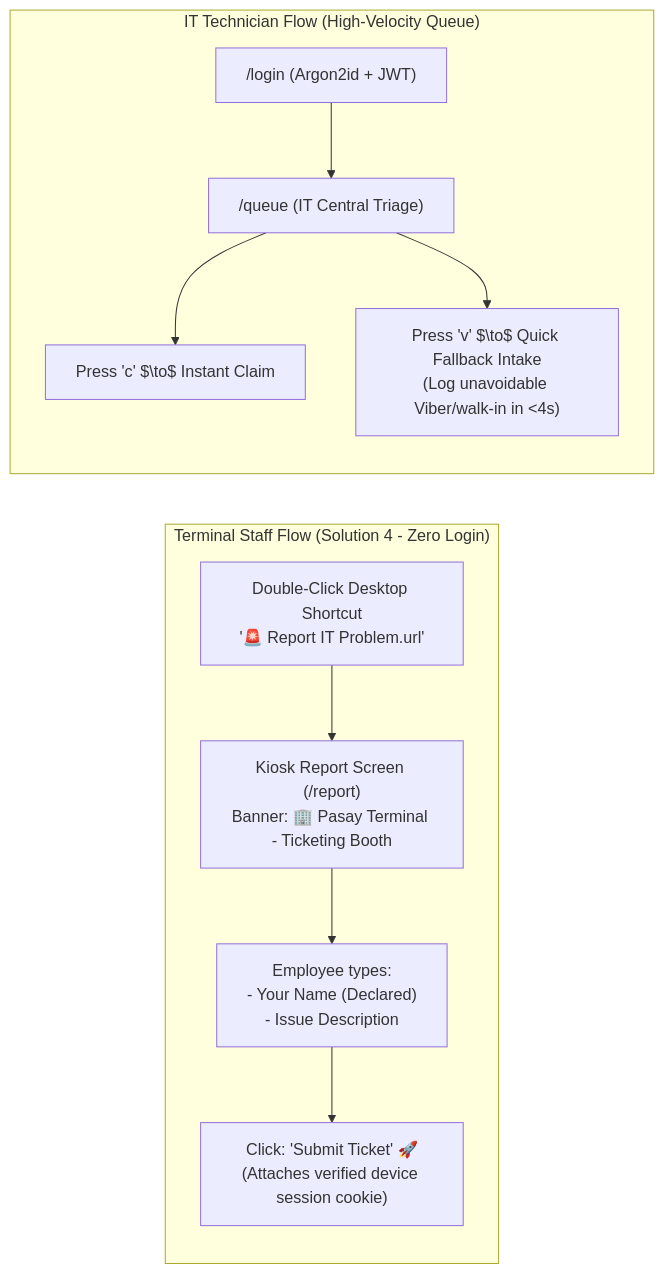
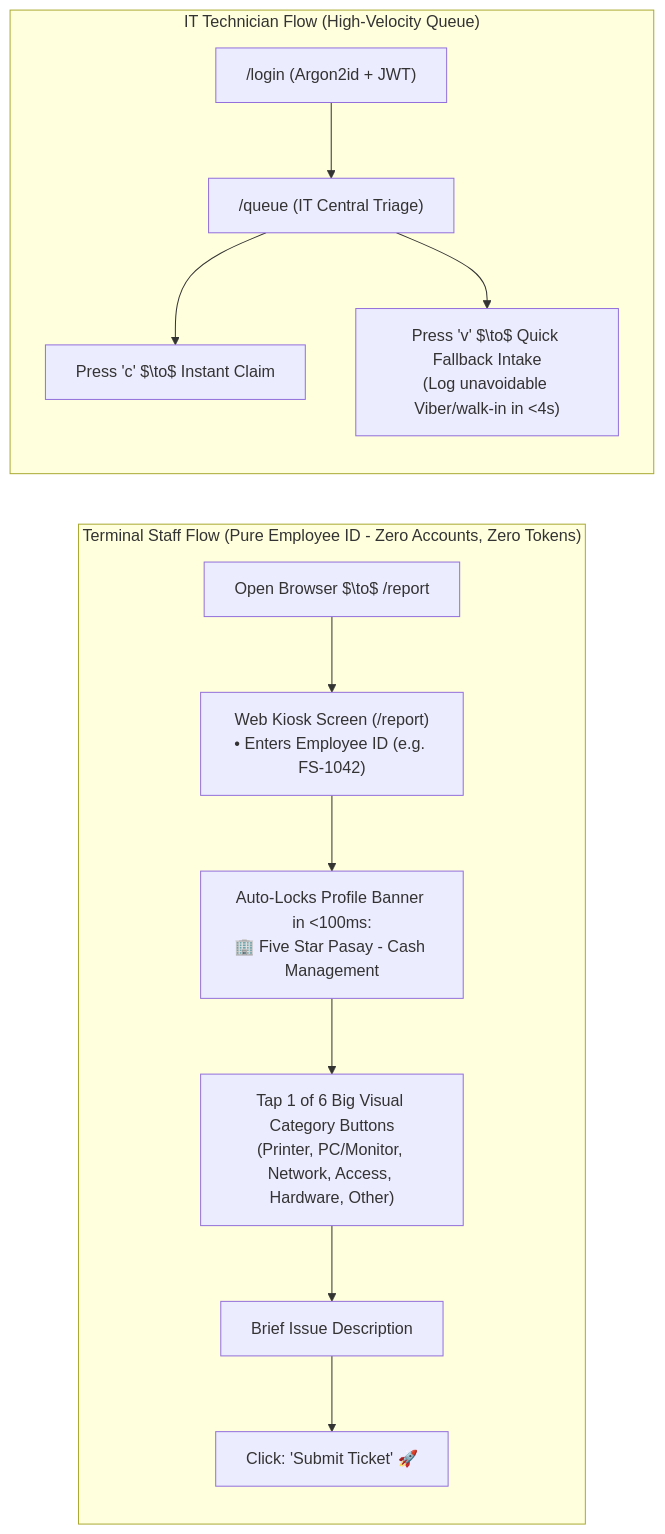
One commit to jfflpz/Tiketa2.0 changed the diagram in docs/04-Sprints/FRONTEND-SPRINT-PLAN.md. Above: the diagram before and after it, drawn with Mermaid. The commit also changed other lines of this file and 9 other files, not shown here.

Commit message:
docs(sprint): complete sprint 1 foundation and align pure employee id intake docs

````diff
--- a/docs/04-Sprints/FRONTEND-SPRINT-PLAN.md
+++ b/docs/04-Sprints/FRONTEND-SPRINT-PLAN.md
@@ -15,14 +15,16 @@
 ```mermaid
 flowchart LR
-    subgraph Flow1 ["Terminal Staff Flow (Solution 4 - Zero Login)"]
-        Icon["Double-Click Desktop Shortcut<br/>'🚨 Report IT Problem.url'"] --> Screen["Kiosk Report Screen (/report)<br/>Banner: 🏢 Pasay Terminal - Ticketing Booth"]
-        Screen --> Input["Employee types:<br/>- Your Name (Declared)<br/>- Issue Description"]
-        Input --> Submit["Click: 'Submit Ticket' 🚀<br/>(Attaches verified device session cookie)"]
+    subgraph Flow1 ["Terminal Staff Flow (Pure Employee ID - Zero Accounts, Zero Tokens)"]
+        Browser["Open Browser $\to$ /report"] --> Screen["Web Kiosk Screen (/report)<br/>• Enters Employee ID (e.g. FS-1042)"]
+        Screen --> Lock["Auto-Locks Profile Banner in <100ms:<br/>🏢 Five Star Pasay - Cash Management"]
+        Lock --> Buttons["Tap 1 of 6 Big Visual Category Buttons<br/>(Printer, PC/Monitor, Network, Access, Hardware, Other)"]
+        Buttons --> Input["Brief Issue Description"]
+        Input --> Submit["Click: 'Submit Ticket' 🚀"]
     end
 
     subgraph Flow2 ["IT Technician Flow (High-Velocity Queue)"]
         Login["/login (Argon2id + JWT)"] --> Queue["/queue (IT Central Triage)"]
         Queue --> HotkeyC["Press 'c' $\to$ Instant Claim"]
         Queue --> HotkeyV["Press 'v' $\to$ Quick Fallback Intake<br/>(Log unavoidable Viber/walk-in in <4s)"]
     end
 ```
````
